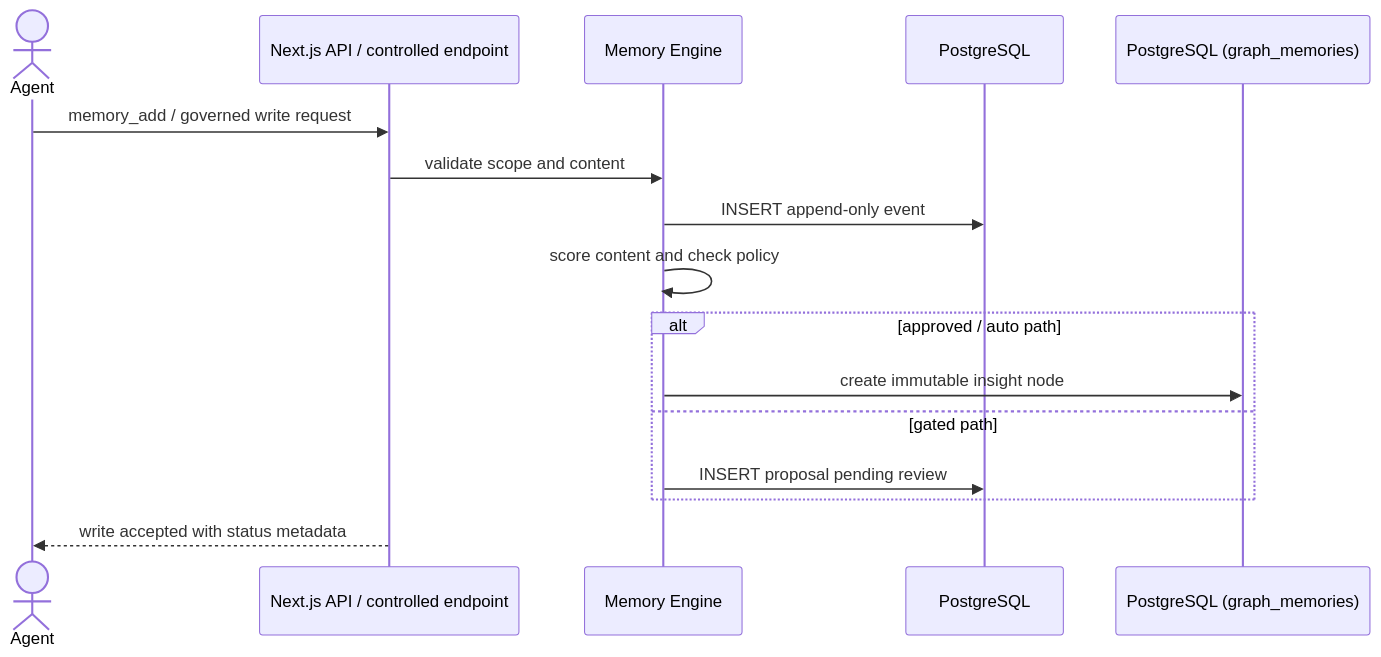
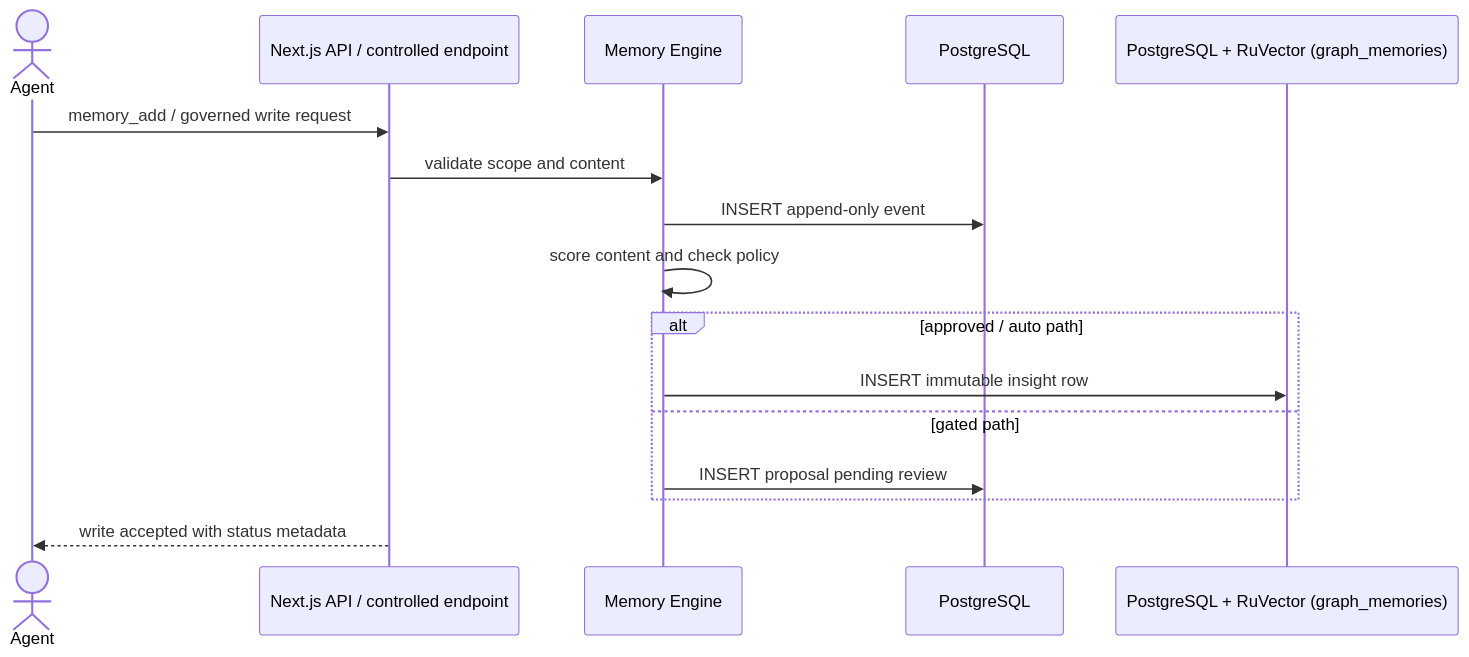
Before and after one commit to Allura-Ecosystem/Allura_Memory: the fifth of 9 diagrams in docs/allura/SOLUTION-ARCHITECTURE.md, drawn with Mermaid. The commit also changed other lines of this file and 414 other files, not shown here.

First line of the commit message:
chore: remove the retired graph backend from active Allura surfaces

````diff
--- a/docs/allura/SOLUTION-ARCHITECTURE.md
+++ b/docs/allura/SOLUTION-ARCHITECTURE.md
@@ -178,19 +175,19 @@
 ```mermaid
 sequenceDiagram
     actor Agent
     participant API as Next.js API / controlled endpoint
     participant Engine as Memory Engine
     participant PG as PostgreSQL
-    participant N4J as PostgreSQL (graph_memories)
+    participant Sem as PostgreSQL + RuVector (graph_memories)
 
     Agent->>API: memory_add / governed write request
     API->>Engine: validate scope and content
     Engine->>PG: INSERT append-only event
     Engine->>Engine: score content and check policy
     alt approved / auto path
-        Engine->>N4J: create immutable insight node
+        Engine->>Sem: INSERT immutable insight row
     else gated path
         Engine->>PG: INSERT proposal pending review
     end
     API-->>Agent: write accepted with status metadata
 ```
````
